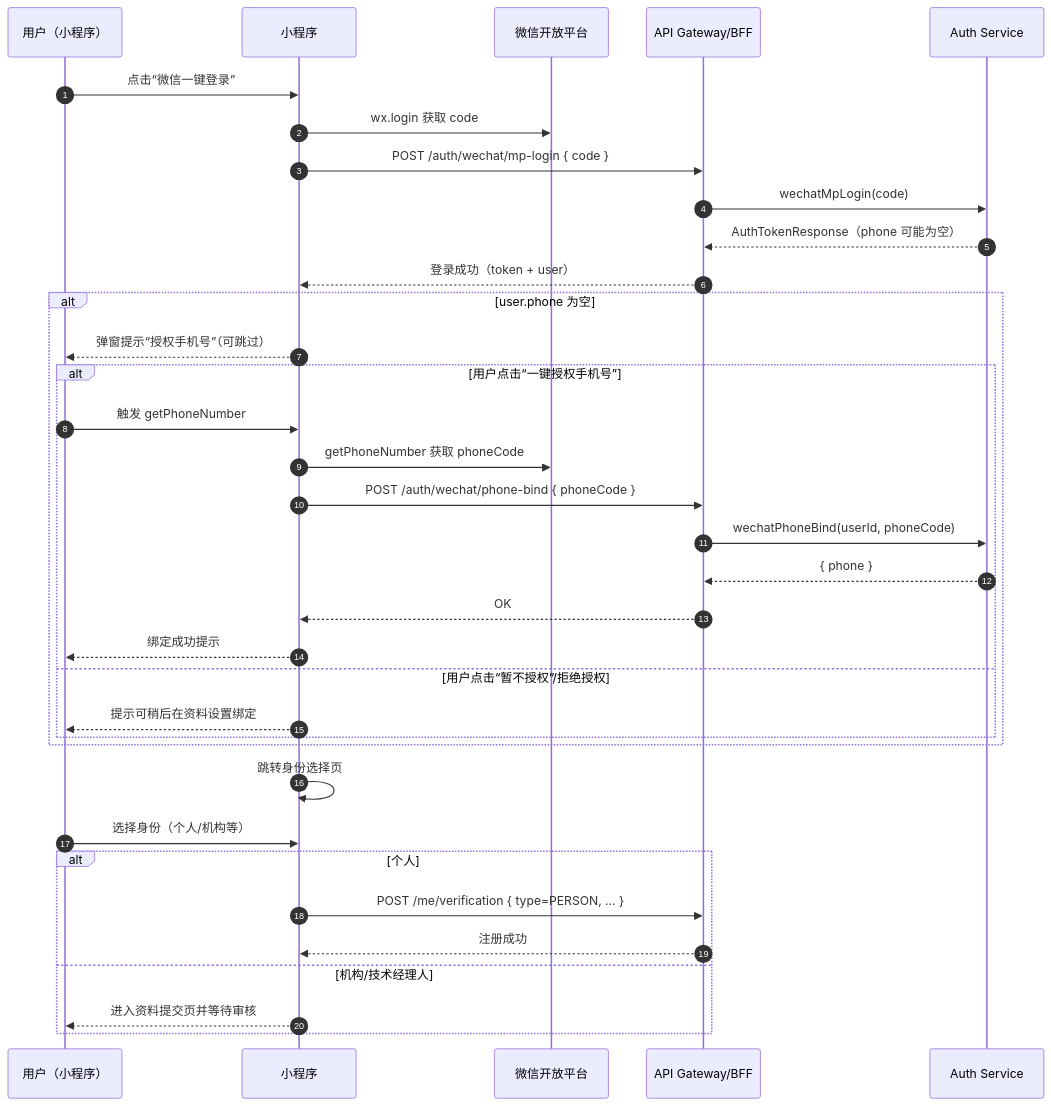
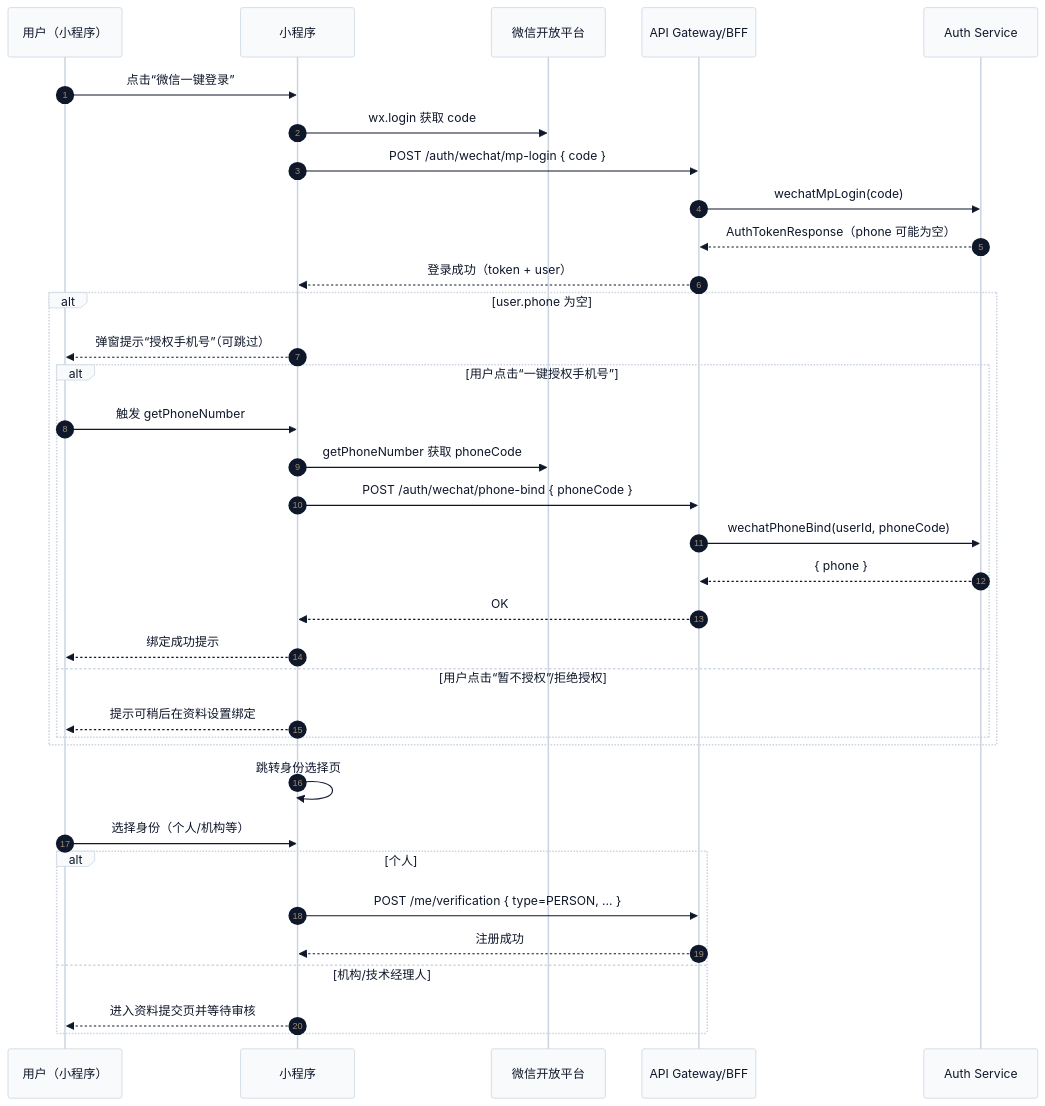
Before and after one commit to Ming-1984/Ipmoney: the diagram in docs/architecture/sequence-wechat-login-onboarding.mmd, drawn with Mermaid. The commit also changed other lines of this file and 91 other files, not shown here.

```diff
--- a/docs/architecture/sequence-wechat-login-onboarding.mmd
+++ b/docs/architecture/sequence-wechat-login-onboarding.mmd
@@ -1,38 +1,39 @@
+%%{init: {'theme':'base','sequence': {'actorMargin': 48, 'messageMargin': 36},'themeVariables': {'fontFamily': 'Microsoft YaHei, PingFang SC, Noto Sans CJK SC, Helvetica Neue, Arial, sans-serif','lineColor':'#64748B','primaryTextColor':'#0F172A','primaryBorderColor':'#CBD5E1','primaryColor':'#F8FAFC','secondaryColor':'#EFF6FF','tertiaryColor':'#FFF7ED'}}}%%
 sequenceDiagram
   autonumber
   participant U as 用户（小程序）
   participant MP as 小程序
   participant Wx as 微信开放平台
   participant GW as API Gateway/BFF
   participant Auth as Auth Service
 
   U->>MP: 点击“微信一键登录”
   MP->>Wx: wx.login 获取 code
   MP->>GW: POST /auth/wechat/mp-login { code }
   GW->>Auth: wechatMpLogin(code)
   Auth-->>GW: AuthTokenResponse（phone 可能为空）
   GW-->>MP: 登录成功（token + user）
 
   alt user.phone 为空
     MP-->>U: 弹窗提示“授权手机号”（可跳过）
     alt 用户点击“一键授权手机号”
       U->>MP: 触发 getPhoneNumber
       MP->>Wx: getPhoneNumber 获取 phoneCode
       MP->>GW: POST /auth/wechat/phone-bind { phoneCode }
       GW->>Auth: wechatPhoneBind(userId, phoneCode)
       Auth-->>GW: { phone }
       GW-->>MP: OK
       MP-->>U: 绑定成功提示
     else 用户点击“暂不授权”/拒绝授权
       MP-->>U: 提示可稍后在资料设置绑定
     end
   end
 
   MP->>MP: 跳转身份选择页
   U->>MP: 选择身份（个人/机构等）
   alt 个人
     MP->>GW: POST /me/verification { type=PERSON, ... }
     GW-->>MP: 注册成功
   else 机构/技术经理人
     MP-->>U: 进入资料提交页并等待审核
   end
```
